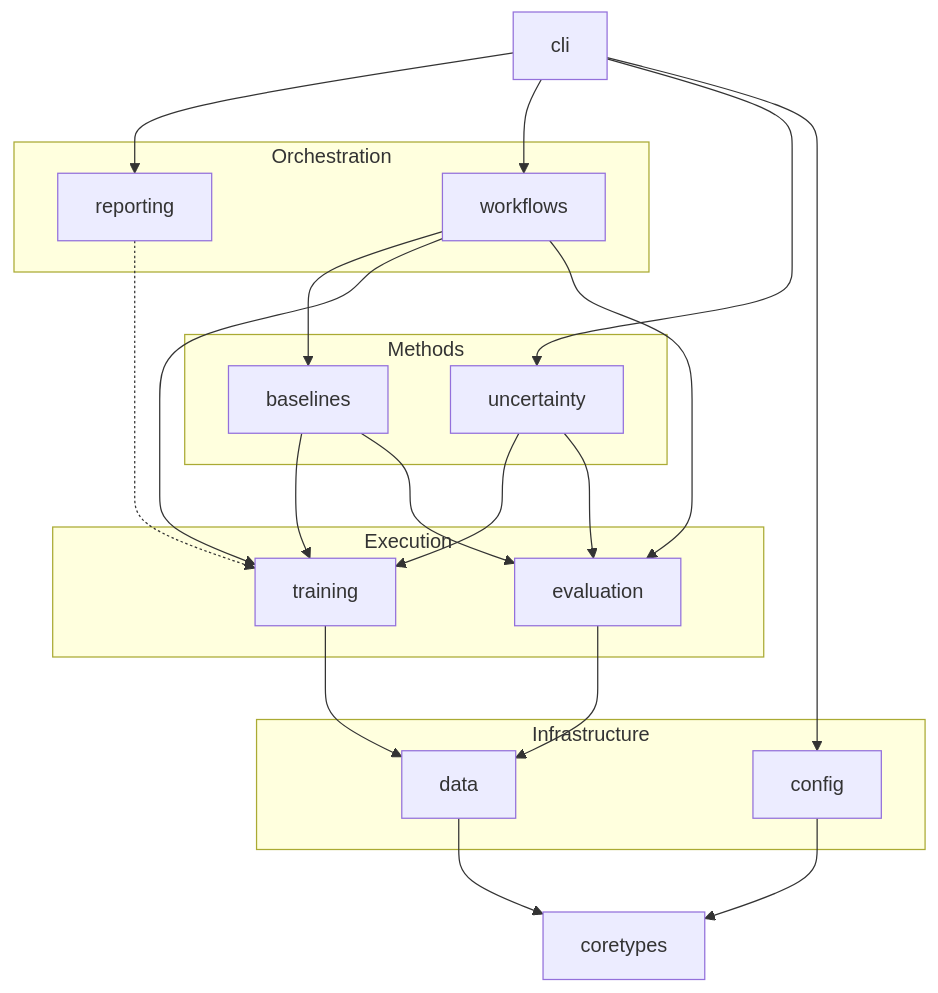
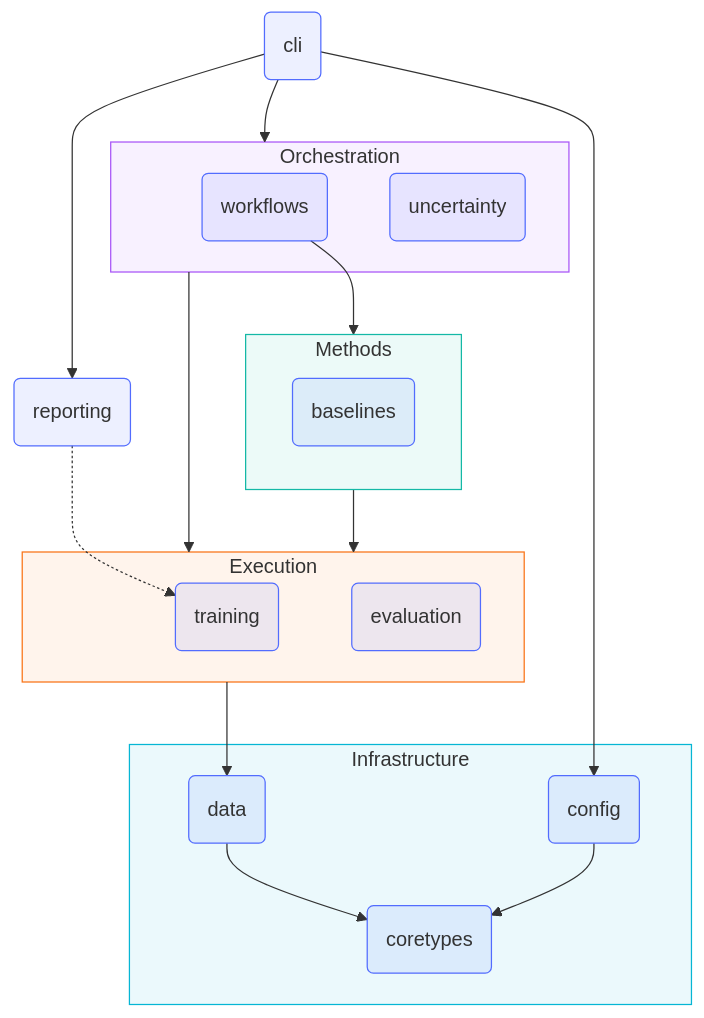
The second of 2 diagrams in docs/architecture/system-design.md (krishdesai7/deconvolve), drawn with Mermaid before and after one commit. The commit also changed other lines of this file, not shown here.

Commit message:
docs: update system design documentation to clarify package dependencies and improve diagram structure with Mermaid.js enhancements

````diff
--- a/docs/architecture/system-design.md
+++ b/docs/architecture/system-design.md
@@ -65,48 +65,50 @@
 ```mermaid
+
 flowchart TB
-    cli[cli]
+    cli(cli)
+
+    reporting(reporting)
 
     subgraph orchestration["Orchestration"]
-        reporting[reporting]
-        workflows[workflows]
+        workflows(workflows)
+        uncertainty(uncertainty)
     end
 
     subgraph methods["Methods"]
-        baselines[baselines]
-        uncertainty[uncertainty]
+        baselines(baselines)
     end
 
     subgraph execution["Execution"]
-        training[training]
-        evaluation[evaluation]
+        training(training)
+        evaluation(evaluation)
     end
 
     subgraph infrastructure["Infrastructure"]
-        data[data]
-        config[config]
+        data(data)
+        config(config)
+        coretypes(coretypes)
     end
 
-    coretypes[coretypes]
-
     cli --> reporting
-    cli --> workflows
-    cli --> uncertainty
+    cli --> orchestration
     cli --> config
 
-    workflows --> baselines
-    workflows --> training
-    workflows --> evaluation
-
-    baselines --> training
-    baselines --> evaluation
-    uncertainty --> training
-    uncertainty --> evaluation
+    workflows --> methods
+    orchestration --> execution
+    methods --> execution
 
     reporting -.-> training
 
-    training --> data
-    evaluation --> data
+    execution --> data
 
     data --> coretypes
     config --> coretypes
+
+    %% Translucent fills: pastel over the light theme, a tint over the dark one.
+    classDef pkg fill:#526cfe1a,stroke:#526cfe
+    class cli,workflows,uncertainty,reporting,baselines,training,evaluation,data,config,coretypes pkg
+    style orchestration fill:#a855f714,stroke:#a855f7
+    style methods fill:#14b8a614,stroke:#14b8a6
+    style execution fill:#f9731614,stroke:#f97316
+    style infrastructure fill:#06b6d414,stroke:#06b6d4
 ```
````
